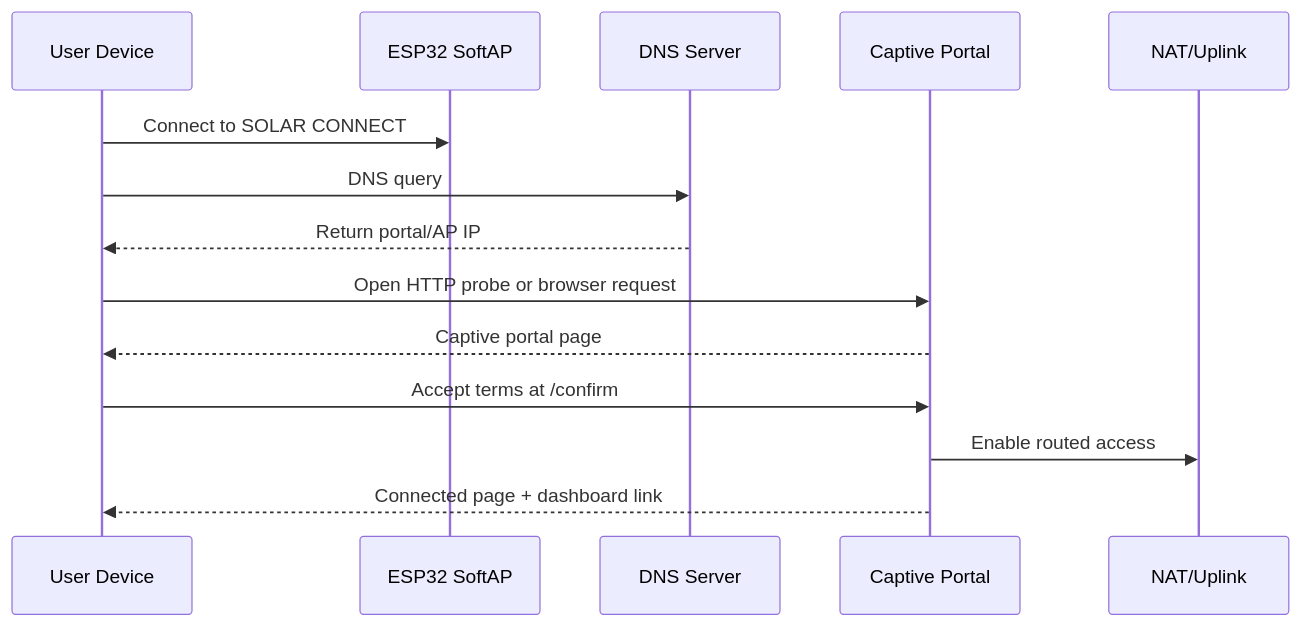
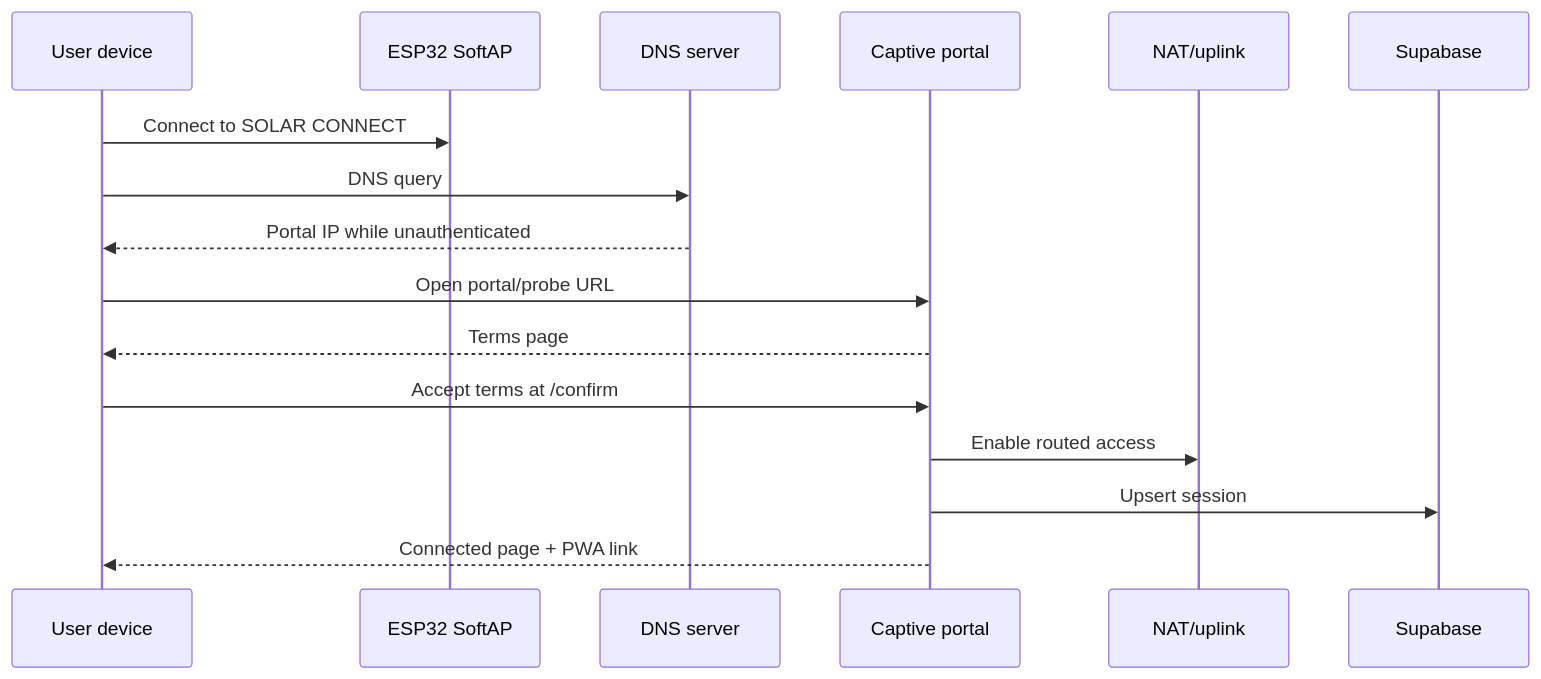
One commit to peewweee/esp32-wifi-ap-cp changed the second of 3 diagrams in SYSTEM_ARCHITECTURE.md. Above: the diagram before and after it, drawn with Mermaid. The commit also changed other lines of this file and 3 other files, not shown here.

````diff
--- a/SYSTEM_ARCHITECTURE.md
+++ b/SYSTEM_ARCHITECTURE.md
@@ -392,17 +381,19 @@
 ```mermaid
 sequenceDiagram
-    participant U as User Device
+    participant U as User device
     participant AP as ESP32 SoftAP
-    participant DNS as DNS Server
-    participant WEB as Captive Portal
-    participant NAT as NAT/Uplink
+    participant DNS as DNS server
+    participant WEB as Captive portal
+    participant NAT as NAT/uplink
+    participant SB as Supabase
 
     U->>AP: Connect to SOLAR CONNECT
     U->>DNS: DNS query
-    DNS-->>U: Return portal/AP IP
-    U->>WEB: Open HTTP probe or browser request
-    WEB-->>U: Captive portal page
+    DNS-->>U: Portal IP while unauthenticated
+    U->>WEB: Open portal/probe URL
+    WEB-->>U: Terms page
     U->>WEB: Accept terms at /confirm
     WEB->>NAT: Enable routed access
-    WEB-->>U: Connected page + dashboard link
+    WEB->>SB: Upsert session
+    WEB-->>U: Connected page + PWA link
 ```
````
